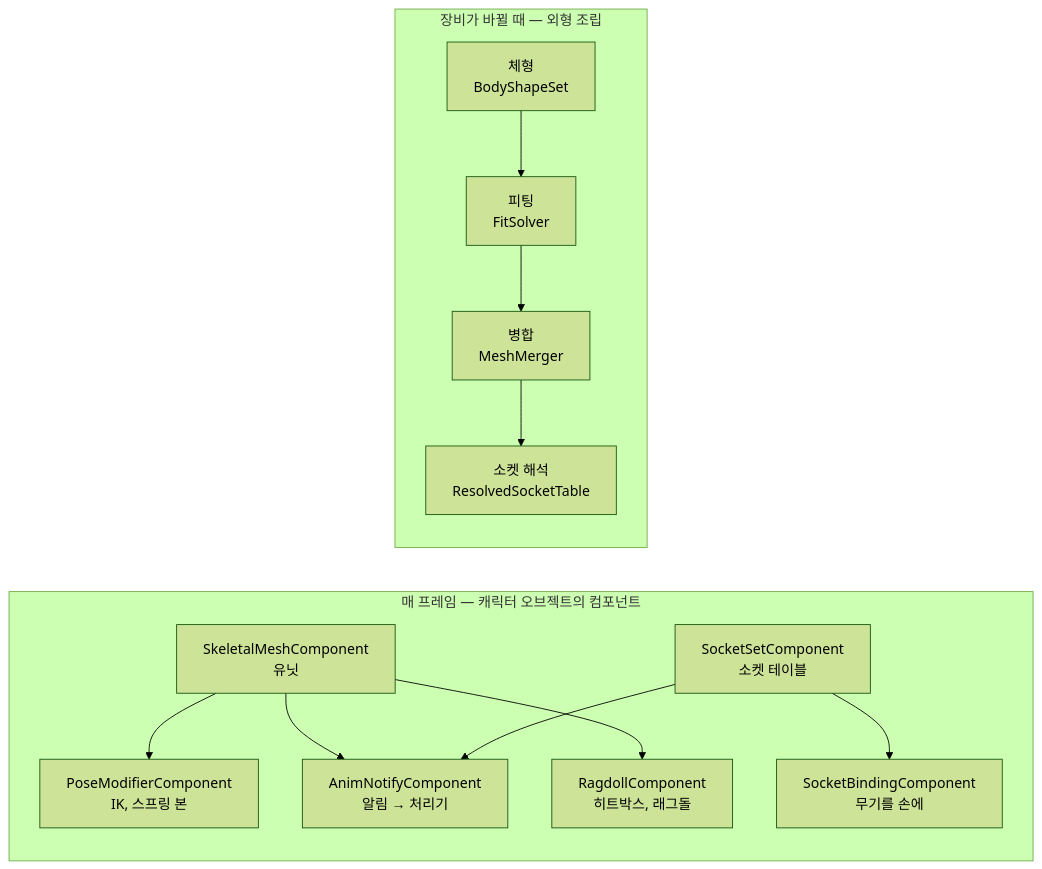
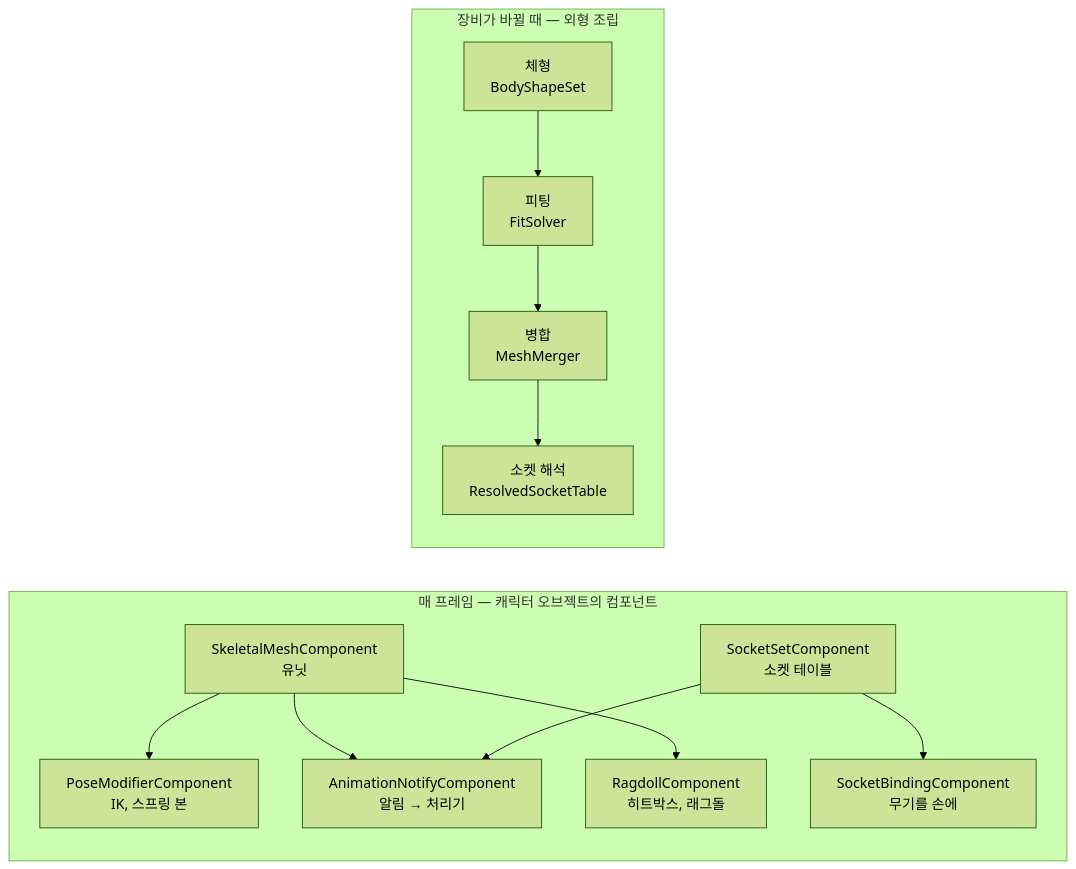
The diagram in Source/Engine/Character/README.md (sswgame/LearningTemplate), drawn with Mermaid (forest theme) before and after one commit. The commit also changed other lines of this file and 11 other files, not shown here.

First line of the commit message:
이름 - Character/AnimNotify 를 AnimationNotify 로 풀어 쓴다

````diff
--- a/Source/Engine/Character/README.md
+++ b/Source/Engine/Character/README.md
@@ -24,15 +24,15 @@
 ```mermaid
 flowchart LR
   subgraph Runtime["매 프레임 — 캐릭터 오브젝트의 컴포넌트"]
     U["SkeletalMeshComponent<br/>유닛"] --> PM["PoseModifierComponent<br/>IK, 스프링 본"]
-    U --> AN["AnimNotifyComponent<br/>알림 → 처리기"]
+    U --> AN["AnimationNotifyComponent<br/>알림 → 처리기"]
     U --> RG["RagdollComponent<br/>히트박스, 래그돌"]
     SS["SocketSetComponent<br/>소켓 테이블"] --> AN
     SS --> SB["SocketBindingComponent<br/>무기를 손에"]
   end
   subgraph Assembly["장비가 바뀔 때 — 외형 조립"]
     BS["체형<br/>BodyShapeSet"] --> FS["피팅<br/>FitSolver"]
     FS --> MM["병합<br/>MeshMerger"]
     MM --> RS["소켓 해석<br/>ResolvedSocketTable"]
   end
 ```
````
